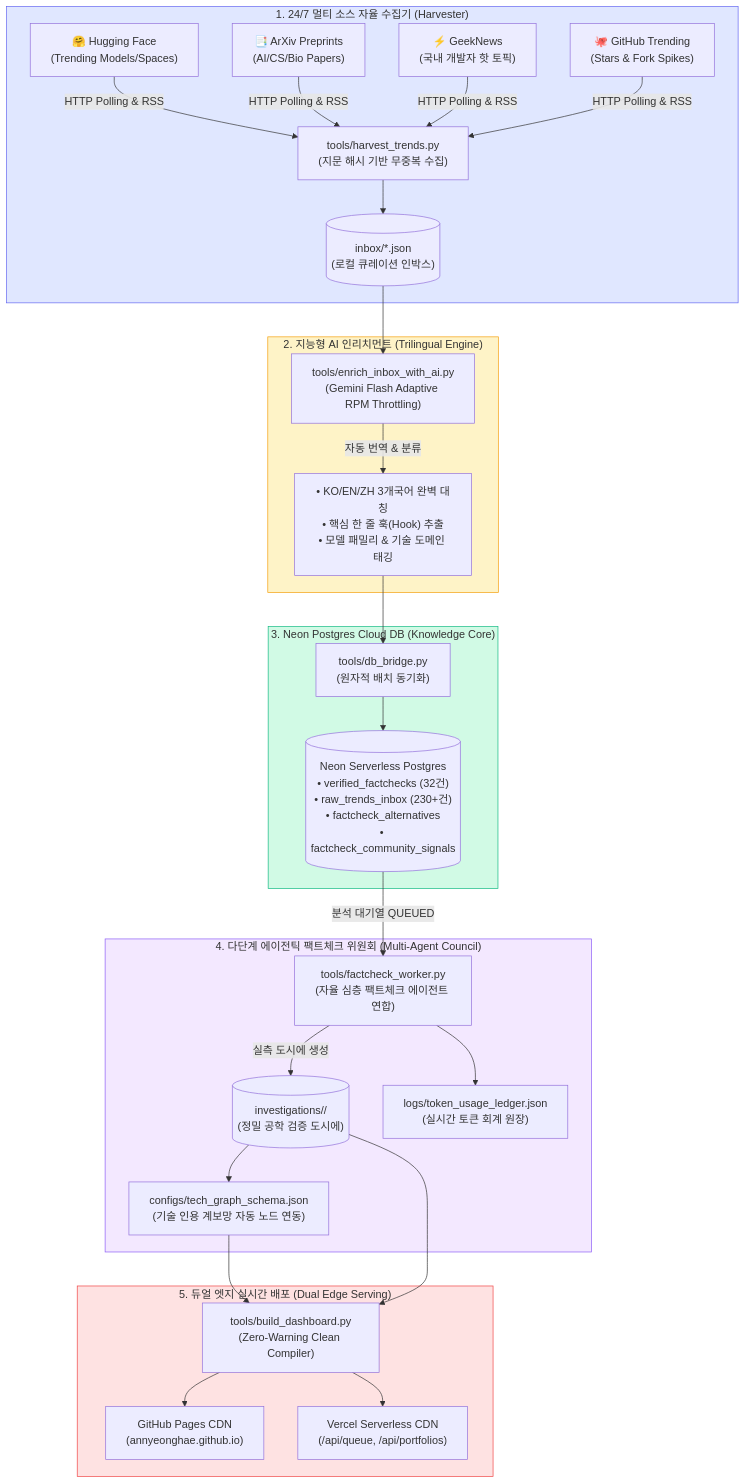
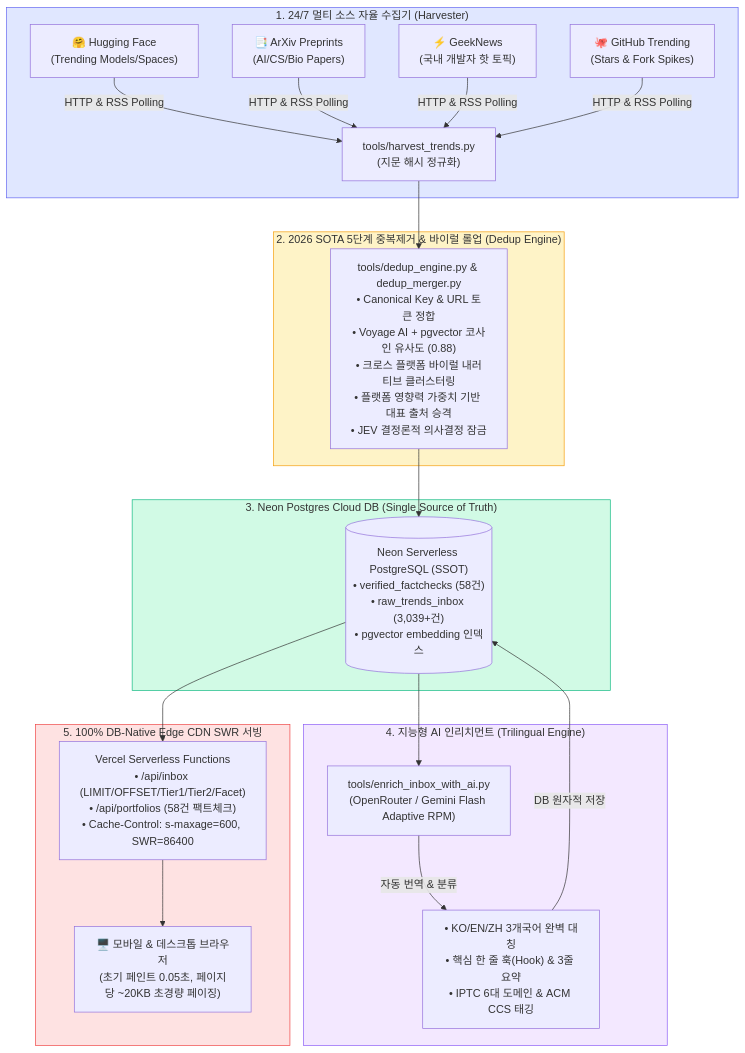
One commit to AnnyeongHae/ai-factcheck-portfolio changed the first of 3 diagrams in README.md. Above: the diagram before and after it, drawn with Mermaid. The commit also changed other lines of this file and 18 other files, not shown here.

Commit message:
feat: implement 100% DB-native edge pagination, 2026 SOTA 5-stage dedup engine, and eradicate legacy hardcoding

````diff
--- a/README.md
+++ b/README.md
@@ -37,41 +37,36 @@
 ```mermaid
 flowchart TD
     subgraph SOURCING["1. 24/7 멀티 소스 자율 수집기 (Harvester)"]
         HF["🤗 Hugging Face<br/>(Trending Models/Spaces)"]
         ARX["📑 ArXiv Preprints<br/>(AI/CS/Bio Papers)"]
         GN["⚡ GeekNews<br/>(국내 개발자 핫 토픽)"]
         GH["🐙 GitHub Trending<br/>(Stars & Fork Spikes)"]
         
-        HF & ARX & GN & GH -->|HTTP Polling & RSS| HARVEST["tools/harvest_trends.py<br/>(지문 해시 기반 무중복 수집)"]
-        HARVEST --> INBOX[("inbox/*.json<br/>(로컬 큐레이션 인박스)")]
+        HF & ARX & GN & GH -->|HTTP & RSS Polling| HARVEST["tools/harvest_trends.py<br/>(지문 해시 정규화)"]
     end
 
-    subgraph ENRICHMENT["2. 지능형 AI 인리치먼트 (Trilingual Engine)"]
-        INBOX --> ENRICH["tools/enrich_inbox_with_ai.py<br/>(Gemini Flash Adaptive RPM Throttling)"]
-        ENRICH -->|자동 번역 & 분류| META["• KO/EN/ZH 3개국어 완벽 대칭<br/>• 핵심 한 줄 훅(Hook) 추출<br/>• 모델 패밀리 & 기술 도메인 태깅"]
+    subgraph DEDUP["2. 2026 SOTA 5단계 중복제거 & 바이럴 롤업 (Dedup Engine)"]
+        HARVEST --> ENGINE["tools/dedup_engine.py & dedup_merger.py<br/>• Canonical Key & URL 토큰 정합<br/>• Voyage AI + pgvector 코사인 유사도 (0.88)<br/>• 크로스 플랫폼 바이럴 내러티브 클러스터링<br/>• 플랫폼 영향력 가중치 기반 대표 출처 승격<br/>• JEV 결정론적 의사결정 잠금"]
     end
 
-    subgraph CLOUD_DB["3. Neon Postgres Cloud DB (Knowledge Core)"]
-        META --> DB_BRIDGE["tools/db_bridge.py<br/>(원자적 배치 동기화)"]
-        DB_BRIDGE --> NEON[("Neon Serverless Postgres<br/>• verified_factchecks (32건)<br/>• raw_trends_inbox (230+건)<br/>• factcheck_alternatives<br/>• factcheck_community_signals")]
+    subgraph CLOUD_DB["3. Neon Postgres Cloud DB (Single Source of Truth)"]
+        ENGINE --> NEON[("Neon Serverless PostgreSQL (SSOT)<br/>• verified_factchecks (58건)<br/>• raw_trends_inbox (3,039+건)<br/>• pgvector embedding 인덱스")]
     end
 
-    subgraph AGENTIC_FACTCHECK["4. 다단계 에이전틱 팩트체크 위원회 (Multi-Agent Council)"]
-        NEON -->|분석 대기열 QUEUED| COUNCIL["tools/factcheck_worker.py<br/>(자율 심층 팩트체크 에이전트 연합)"]
-        COUNCIL -->|실측 도시에 생성| DOSSIERS[("investigations/<case_id>/<br/>(정밀 공학 검증 도시에)")]
-        DOSSIERS --> GRAPH["configs/tech_graph_schema.json<br/>(기술 인용 계보망 자동 노드 연동)"]
-        COUNCIL --> LEDGER["logs/token_usage_ledger.json<br/>(실시간 토큰 회계 원장)"]
+    subgraph ENRICHMENT["4. 지능형 AI 인리치먼트 (Trilingual Engine)"]
+        NEON --> ENRICH["tools/enrich_inbox_with_ai.py<br/>(OpenRouter / Gemini Flash Adaptive RPM)"]
+        ENRICH -->|자동 번역 & 분류| META["• KO/EN/ZH 3개국어 완벽 대칭<br/>• 핵심 한 줄 훅(Hook) & 3줄 요약<br/>• IPTC 6대 도메인 & ACM CCS 태깅"]
+        META -->|DB 원자적 저장| NEON
     end
 
-    subgraph DEPLOYMENT["5. 듀얼 엣지 실시간 배포 (Dual Edge Serving)"]
-        GRAPH & DOSSIERS --> BUILD["tools/build_dashboard.py<br/>(Zero-Warning Clean Compiler)"]
-        BUILD --> PAGES["GitHub Pages CDN<br/>(annyeonghae.github.io)"]
-        BUILD --> VERCEL["Vercel Serverless CDN<br/>(/api/queue, /api/portfolios)"]
+    subgraph DEPLOYMENT["5. 100% DB-Native Edge CDN SWR 서빙"]
+        NEON --> API["Vercel Serverless Functions<br/>• /api/inbox (LIMIT/OFFSET/Tier1/Tier2/Facet)<br/>• /api/portfolios (58건 팩트체크)<br/>• Cache-Control: s-maxage=600, SWR=86400"]
+        API --> BROWSER["🖥️ 모바일 & 데스크톱 브라우저<br/>(초기 페인트 0.05초, 페이지당 ~20KB 초경량 페이징)"]
     end
 
     style SOURCING fill:#e0e7ff,stroke:#6366f1
-    style ENRICHMENT fill:#fef3c7,stroke:#f59e0b
+    style DEDUP fill:#fef3c7,stroke:#f59e0b
     style CLOUD_DB fill:#d1fae5,stroke:#10b981
-    style AGENTIC_FACTCHECK fill:#f3e8ff,stroke:#8b5cf6
+    style ENRICHMENT fill:#f3e8ff,stroke:#8b5cf6
     style DEPLOYMENT fill:#fee2e2,stroke:#ef4444
 ```
````
